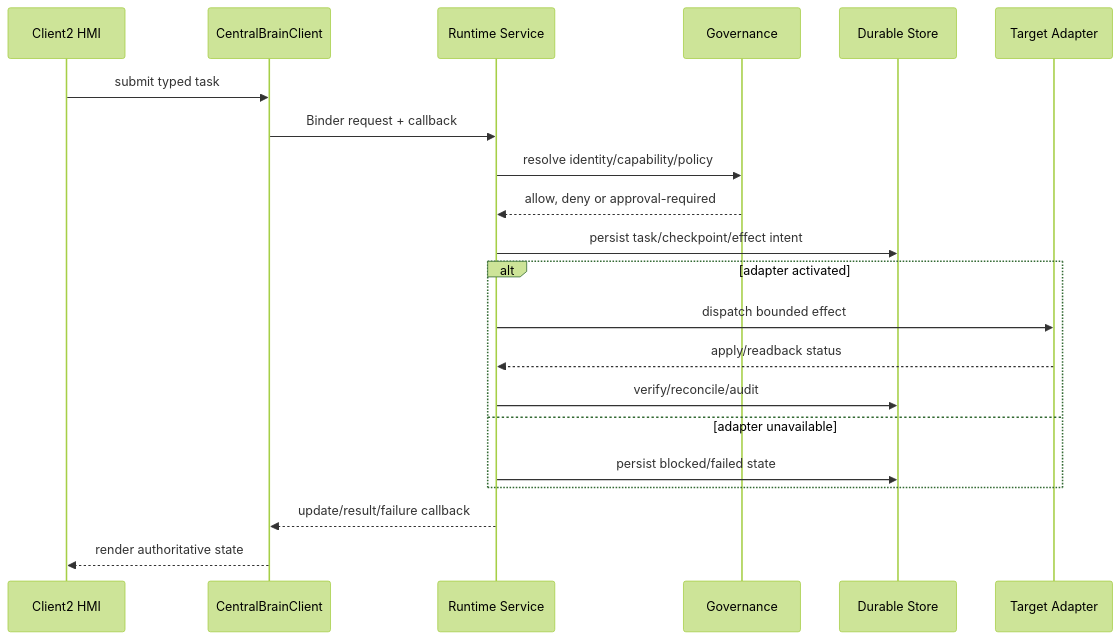
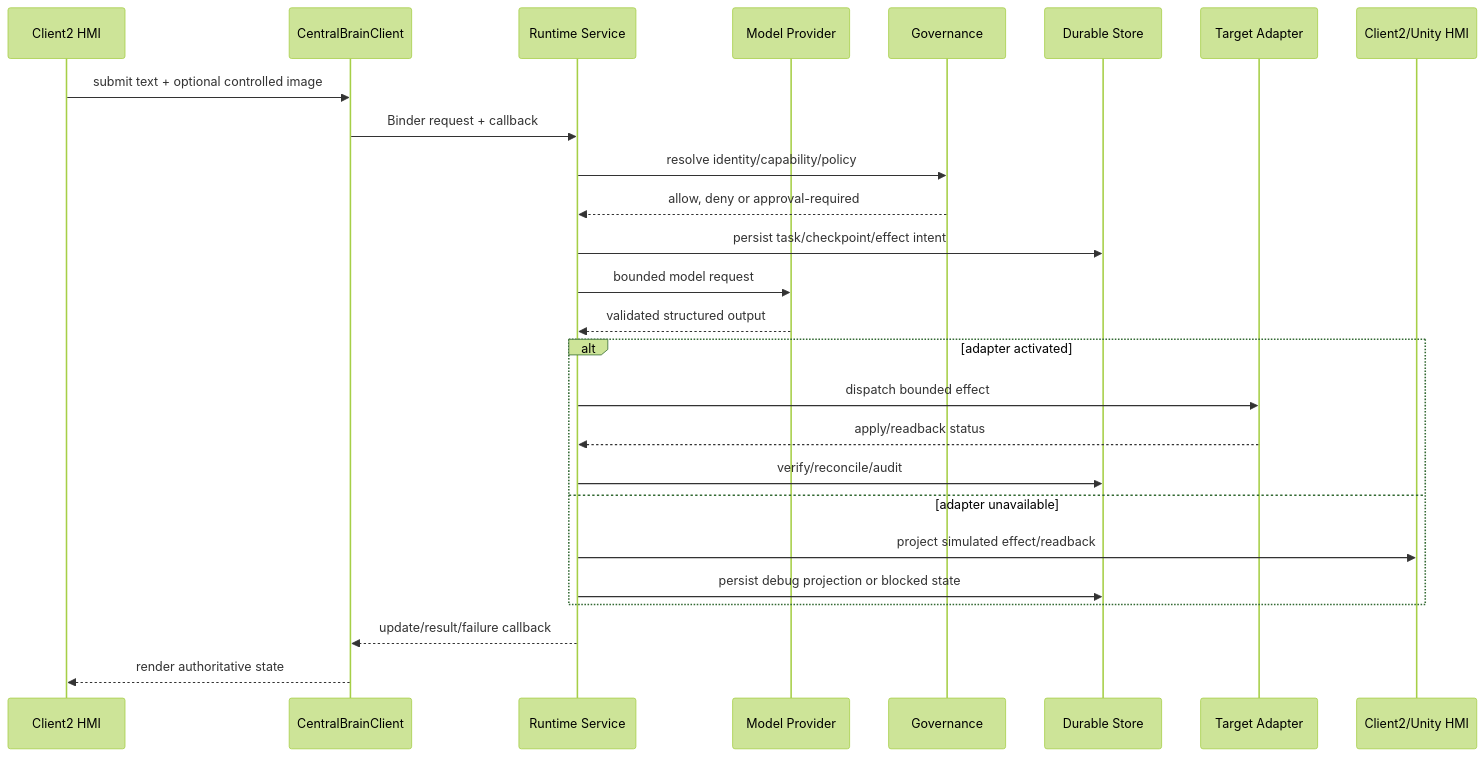
Before and after one commit to LucasWEIchen/CougarOS: the second of 2 diagrams in docs/CENTRAL_BRAIN_MODULE_USE_CASE_DIAGRAM.md, drawn with Mermaid (forest theme). The commit also changed other lines of this file and 8 other files, not shown here.

Commit message:
docs(aios): converge architecture baseline through p4-r7

````diff
--- a/docs/CENTRAL_BRAIN_MODULE_USE_CASE_DIAGRAM.md
+++ b/docs/CENTRAL_BRAIN_MODULE_USE_CASE_DIAGRAM.md
@@ -84,24 +99,29 @@
 ```mermaid
 sequenceDiagram
   participant H as Client2 HMI
   participant S as CentralBrainClient
   participant R as Runtime Service
+  participant M as Model Provider
   participant G as Governance
   participant D as Durable Store
   participant A as Target Adapter
+  participant U as Client2/Unity HMI
 
-  H->>S: submit typed task
+  H->>S: submit text + optional controlled image
   S->>R: Binder request + callback
   R->>G: resolve identity/capability/policy
   G-->>R: allow, deny or approval-required
   R->>D: persist task/checkpoint/effect intent
+  R->>M: bounded model request
+  M-->>R: validated structured output
   alt adapter activated
     R->>A: dispatch bounded effect
     A-->>R: apply/readback status
     R->>D: verify/reconcile/audit
   else adapter unavailable
-    R->>D: persist blocked/failed state
+    R->>U: project simulated effect/readback
+    R->>D: persist debug projection or blocked state
   end
   R-->>S: update/result/failure callback
   S-->>H: render authoritative state
 ```
````
